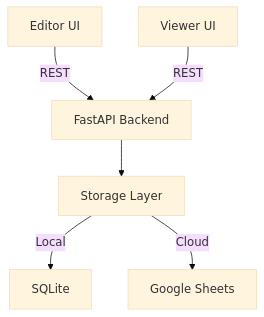
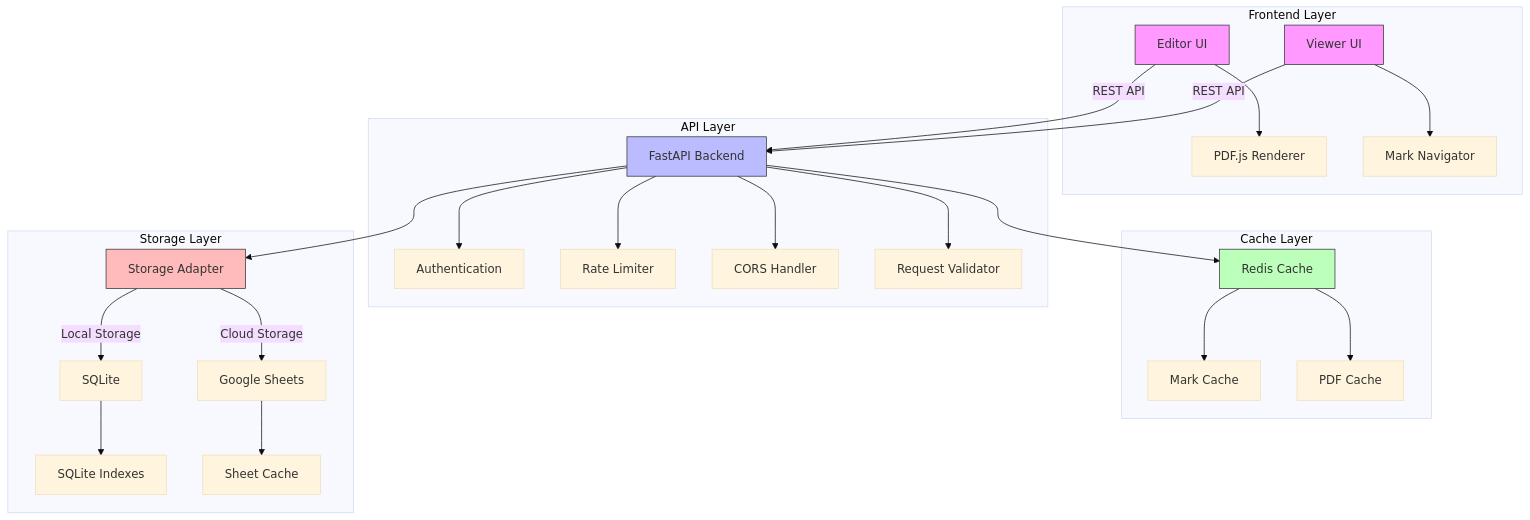
Before and after one commit to aniketsandhanwootz-wq/PDF-Markbook: the diagram in README.md, drawn with Mermaid (base theme). The commit also changed other lines of this file, not shown here.

````diff
--- a/README.md
+++ b/README.md
@@ -21,8 +21,57 @@
 ```mermaid
 graph TD
-    A[Editor UI] -->|REST| C[FastAPI Backend]
-    B[Viewer UI] -->|REST| C
-    C --> D[Storage Layer]
-    D -->|Local| E[SQLite]
-    D -->|Cloud| F[Google Sheets]
+    subgraph "Frontend Layer"
+        A[Editor UI]
+        B[Viewer UI]
+        A1[PDF.js Renderer]
+        B1[Mark Navigator]
+    end
+
+    subgraph "API Layer"
+        C[FastAPI Backend]
+        C1[Authentication]
+        C2[Rate Limiter]
+        C3[CORS Handler]
+        C4[Request Validator]
+    end
+
+    subgraph "Cache Layer"
+        G[Redis Cache]
+        G1[Mark Cache]
+        G2[PDF Cache]
+    end
+
+    subgraph "Storage Layer"
+        D[Storage Adapter]
+        E[SQLite]
+        F[Google Sheets]
+        E1[SQLite Indexes]
+        F1[Sheet Cache]
+    end
+
+    A -->|REST API| C
+    B -->|REST API| C
+    A --> A1
+    B --> B1
+    
+    C --> C1
+    C --> C2
+    C --> C3
+    C --> C4
+    
+    C --> G
+    G --> G1
+    G --> G2
+    
+    C --> D
+    D -->|Local Storage| E
+    D -->|Cloud Storage| F
+    E --> E1
+    F --> F1
+
+    style A fill:#f9f,stroke:#333
+    style B fill:#f9f,stroke:#333
+    style C fill:#bbf,stroke:#333
+    style G fill:#bfb,stroke:#333
+    style D fill:#fbb,stroke:#333
 ```
````
